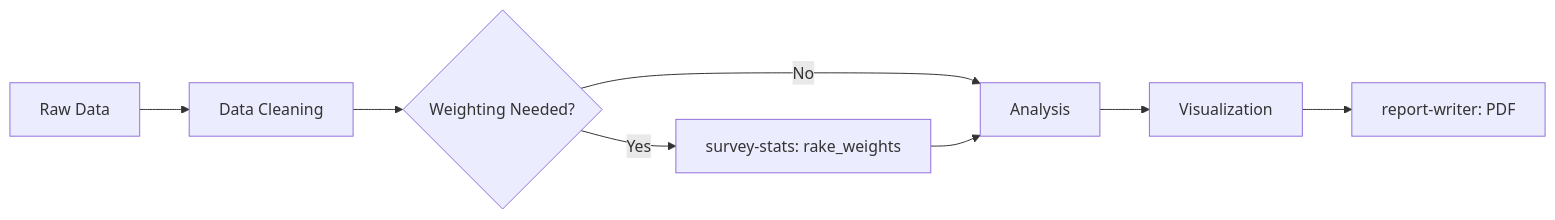
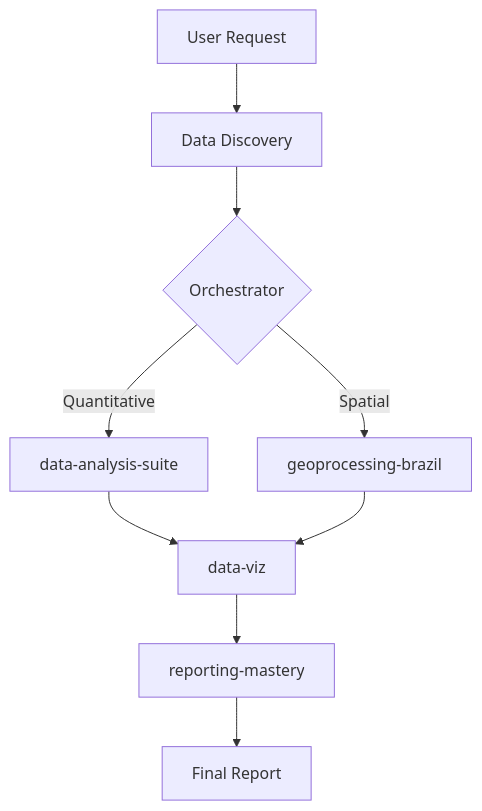
The diagram in SKILL.md (pablodiegoo/Data-Pro-Skill), drawn with Mermaid before and after one commit. The commit also changed other lines of this file and 78 other files, not shown here.

Commit message:
refactor: Consolidate various data analysis skills into a unified `data-analysis-suite` and reorganize workflows and other skills.

````diff
--- a/SKILL.md
+++ b/SKILL.md
@@ -201,10 +32,10 @@
 ```mermaid
-flowchart LR
-    A[Raw Data] --> B[Data Cleaning]
-    B --> C{Weighting Needed?}
-    C -->|Yes| D[survey-stats: rake_weights]
-    C -->|No| E[Analysis]
-    D --> E
-    E --> F[Visualization]
-    F --> G[report-writer: PDF]
+graph TD
+    A[User Request] --> B[Data Discovery]
+    B --> C{Orchestrator}
+    C -->|Quantitative| D[data-analysis-suite]
+    C -->|Spatial| E[geoprocessing-brazil]
+    D & E --> F[data-viz]
+    F --> G[reporting-mastery]
+    G --> H[Final Report]
 ```
````
